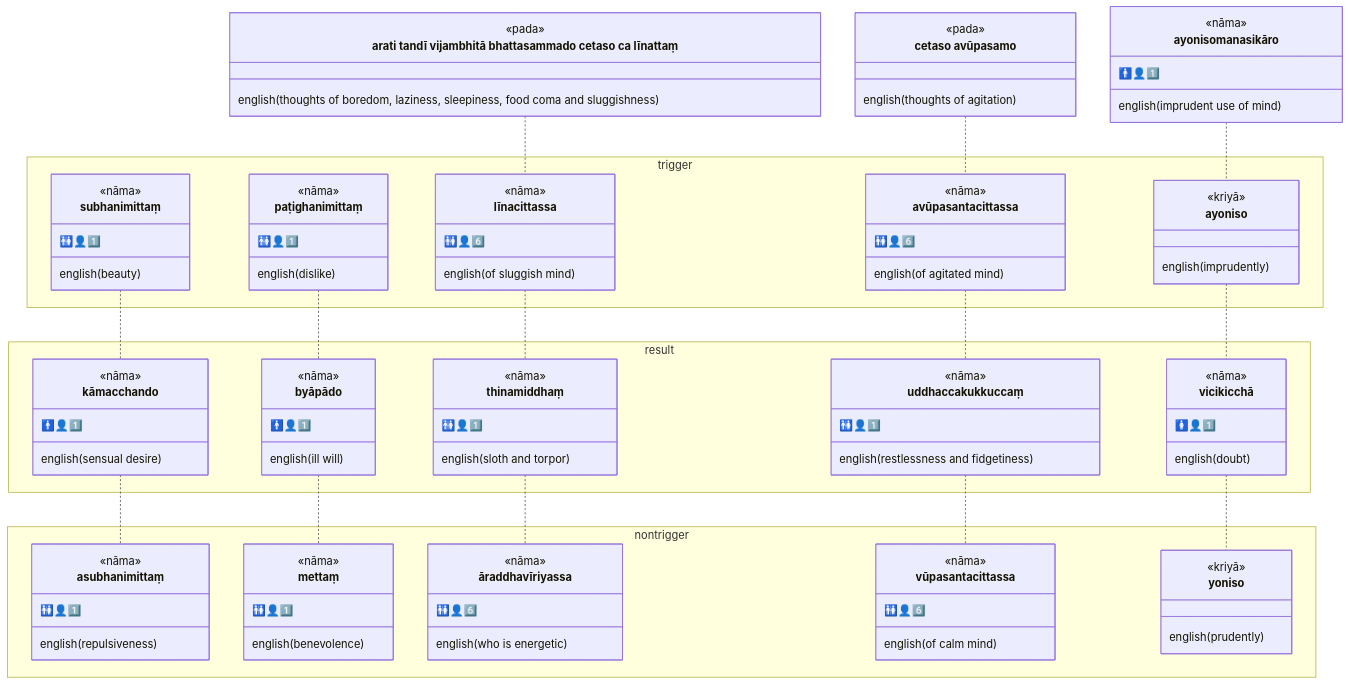
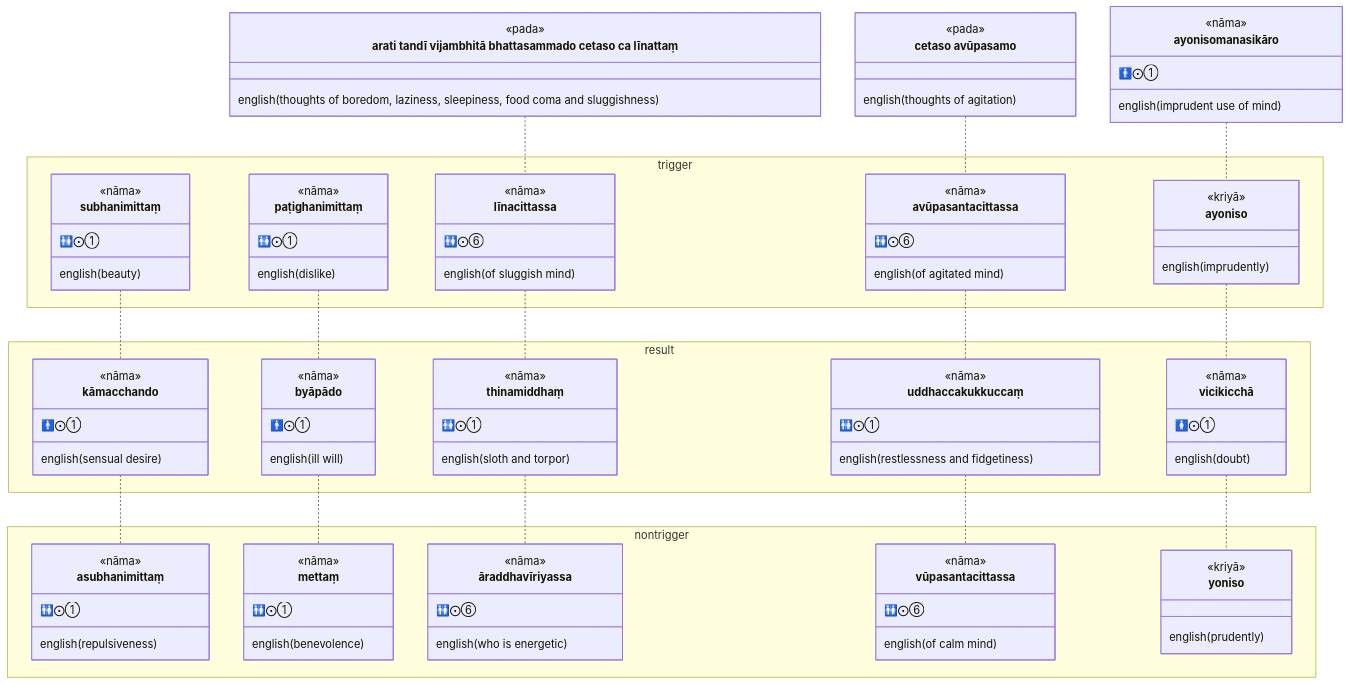
One commit to ChristineTham/buddhavacana changed the third of 3 diagrams in content/en/docs/Sutta/aṅguttaranikāyo/ekakanipātapāḷi/nīvaraṇappahānavaggo.md. Above: the diagram before and after it, drawn with Mermaid. The commit also changed other lines of this file and 71 other files, not shown here.

```diff
--- a/content/en/docs/Sutta/aṅguttaranikāyo/ekakanipātapāḷi/nīvaraṇappahānavaggo.md
+++ b/content/en/docs/Sutta/aṅguttaranikāyo/ekakanipātapāḷi/nīvaraṇappahānavaggo.md
@@ -285,28 +285,28 @@
   }
   class ayonisomanasikāro {
     <<nāma>>
-    🚹👤1️⃣
+    🚹⨀①
     english(imprudent use of mind)
   }
   namespace trigger {
     class subhanimittaṃ {
       <<nāma>>
-      🚻👤1️⃣
+      🚻⨀①
       english(beauty)
     }
     class paṭighanimittaṃ {
       <<nāma>>
-      🚻👤1️⃣
+      🚻⨀①
       english(dislike)
     }
     class līnacittassa {
       <<nāma>>
-      🚻👤6️⃣
+      🚻⨀⑥
       english(of sluggish mind)
     }
     class avūpasantacittassa {
       <<nāma>>
-      🚻👤6️⃣
+      🚻⨀⑥
       english(of agitated mind)
     }
     class ayoniso {
@@ -317,49 +317,49 @@
   namespace result {
     class kāmacchando {
       <<nāma>>
-      🚹👤1️⃣
+      🚹⨀①
       english(sensual desire)
     }
     class byāpādo {
       <<nāma>>
-      🚹👤1️⃣
+      🚹⨀①
       english(ill will)
     }
     class thinamiddhaṃ {
       <<nāma>>
-      🚻👤1️⃣
+      🚻⨀①
       english(sloth and torpor)
     }
     class uddhaccakukkuccaṃ {
       <<nāma>>
-      🚻👤1️⃣
+      🚻⨀①
       english(restlessness and fidgetiness)
     }
     class vicikicchā {
       <<nāma>>
-      🚺👤1️⃣
+      🚺⨀①
       english(doubt)
     }
   }
   namespace nontrigger {
     class asubhanimittaṃ {
       <<nāma>>
-      🚻👤1️⃣
+      🚻⨀①
       english(repulsiveness)
     }
     class mettaṃ {
       <<nāma>>
-      🚻👤1️⃣
+      🚻⨀①
       english(benevolence)
     }
     class āraddhavīriyassa {
       <<nāma>>
-      🚻👤6️⃣
+      🚻⨀⑥
       english(who is energetic)
     }
     class vūpasantacittassa {
       <<nāma>>
-      🚻👤6️⃣
+      🚻⨀⑥
       english(of calm mind)
     }
     class yoniso {
```
